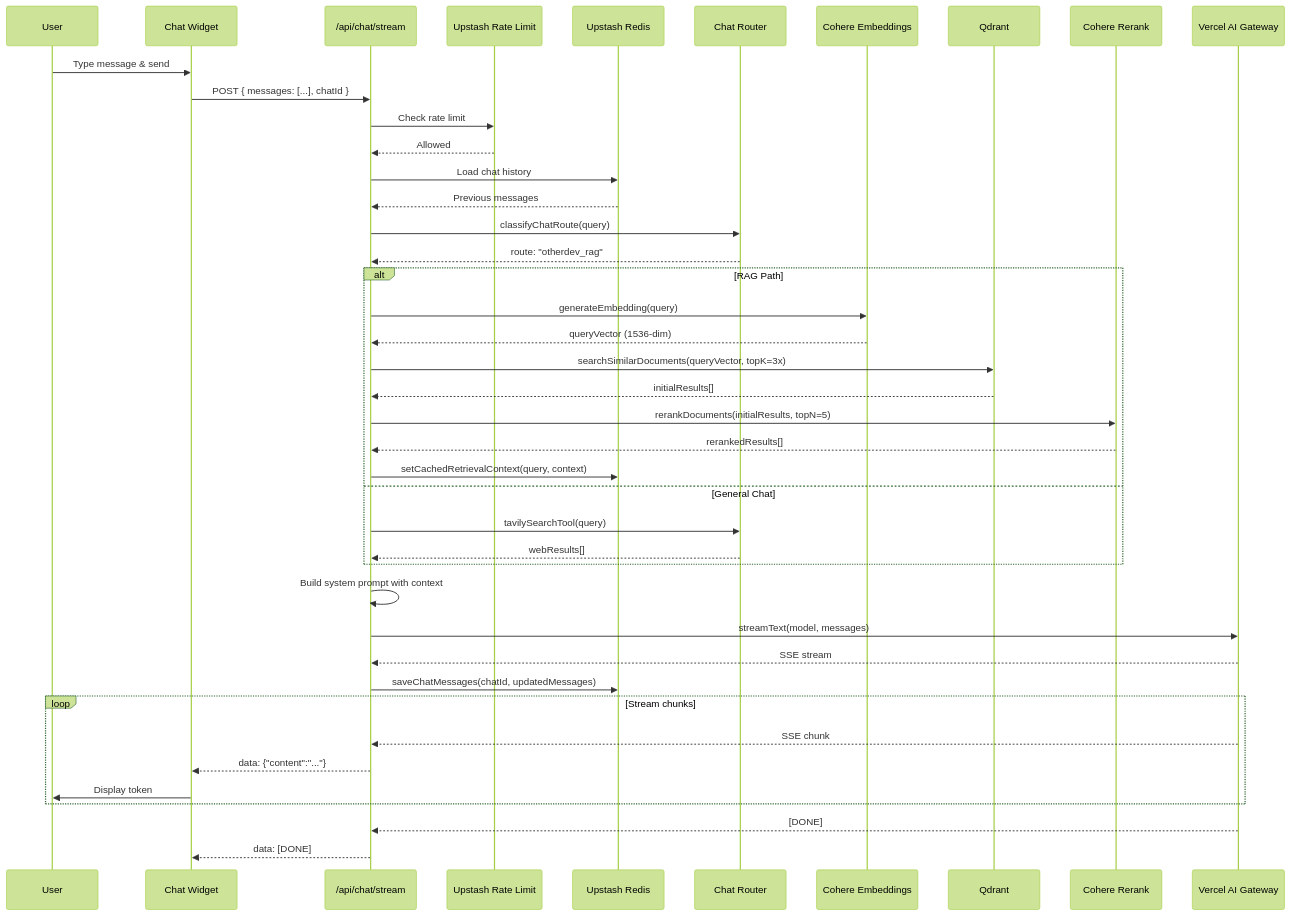
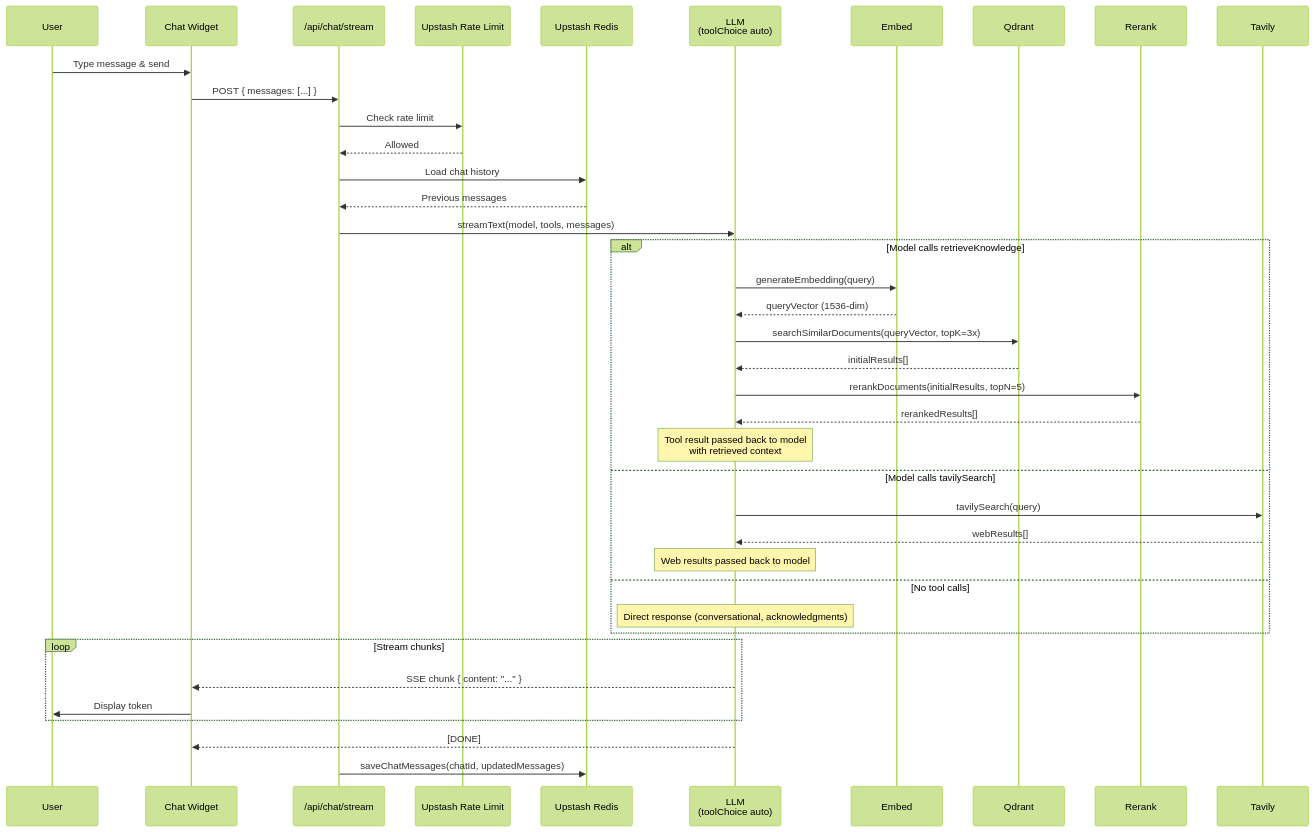
One commit to ossaidqadri/otherdev.web-02 changed the fourth of 11 diagrams in web/docs/ARCHITECTURE.md. Above: the diagram before and after it, drawn with Mermaid (forest theme). The commit also changed other lines of this file, not shown here.

First line of the commit message:
docs: fix all RAG pipeline diagrams to match tool-driven architecture

````diff
--- a/web/docs/ARCHITECTURE.md
+++ b/web/docs/ARCHITECTURE.md
@@ -300,55 +320,47 @@
 ```mermaid
 sequenceDiagram
     participant User
     participant Widget as Chat Widget
     participant API as /api/chat/stream
     participant RL as Upstash Rate Limit
     participant Cache as Upstash Redis
-    participant Routing as Chat Router
-    participant Embed as Cohere Embeddings
-    participant Qdrant as Qdrant
-    participant Rerank as Cohere Rerank
-    participant Gateway as Vercel AI Gateway
+    participant LLM as LLM<br/>(toolChoice auto)
 
     User->>Widget: Type message & send
-    Widget->>API: POST { messages: [...], chatId }
+    Widget->>API: POST { messages: [...] }
     API->>RL: Check rate limit
     RL-->>API: Allowed
 
     API->>Cache: Load chat history
     Cache-->>API: Previous messages
 
-    API->>Routing: classifyChatRoute(query)
-    Routing-->>API: route: "otherdev_rag"
+    API->>LLM: streamText(model, tools, messages)
 
-    alt RAG Path
-        API->>Embed: generateEmbedding(query)
-        Embed-->>API: queryVector (1536-dim)
+    alt Model calls retrieveKnowledge
+        LLM->>Embed: generateEmbedding(query)
+        Embed-->>LLM: queryVector (1536-dim)
 
-        API->>Qdrant: searchSimilarDocuments(queryVector, topK=3x)
-        Qdrant-->>API: initialResults[]
+        LLM->>Qdrant: searchSimilarDocuments(queryVector, topK=3x)
+        Qdrant-->>LLM: initialResults[]
 
-        API->>Rerank: rerankDocuments(initialResults, topN=5)
-        Rerank-->>API: rerankedResults[]
+        LLM->>Rerank: rerankDocuments(initialResults, topN=5)
+        Rerank-->>LLM: rerankedResults[]
 
-        API->>Cache: setCachedRetrievalContext(query, context)
-    else General Chat
-        API->>Routing: tavilySearchTool(query)
-        Routing-->>API: webResults[]
+        Note over LLM: Tool result passed back to model<br/>with retrieved context
+    else Model calls tavilySearch
+        LLM->>Tavily: tavilySearch(query)
+        Tavily-->>LLM: webResults[]
+
+        Note over LLM: Web results passed back to model
+    else No tool calls
+        Note over LLM: Direct response (conversational, acknowledgments)
     end
 
-    API->>API: Build system prompt with context
-    API->>Gateway: streamText(model, messages)
-    Gateway-->>API: SSE stream
-
-    API->>Cache: saveChatMessages(chatId, updatedMessages)
-
     loop Stream chunks
-        Gateway-->>API: SSE chunk
-        API-->>Widget: data: {"content":"..."}
+        LLM-->>Widget: SSE chunk { content: "..." }
         Widget->>User: Display token
     end
 
-    Gateway-->>API: [DONE]
-    API-->>Widget: data: [DONE]
+    LLM-->>Widget: [DONE]
+    API->>Cache: saveChatMessages(chatId, updatedMessages)
 ```
````
